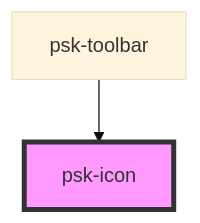
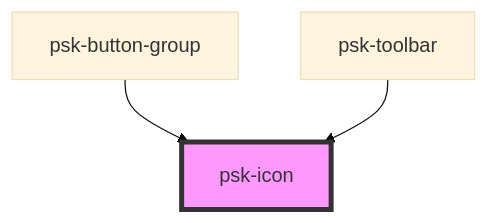
Before and after one commit to daniel-visoiu/cardinal: the diagram in src/components/psk-icon/readme.md, drawn with Mermaid (base theme). The commit also changed other lines of this file and 5 other files, not shown here.

Commit message:
added a new component - psk-button-group - a component which is responsible with rendering a collection of buttons in a single dropdown

````diff
--- a/src/components/psk-icon/readme.md
+++ b/src/components/psk-icon/readme.md
@@ -24,5 +25,6 @@
 ```mermaid
 graph TD;
+  psk-button-group --> psk-icon
   psk-toolbar --> psk-icon
   style psk-icon fill:#f9f,stroke:#333,stroke-width:4px
 ```
````
